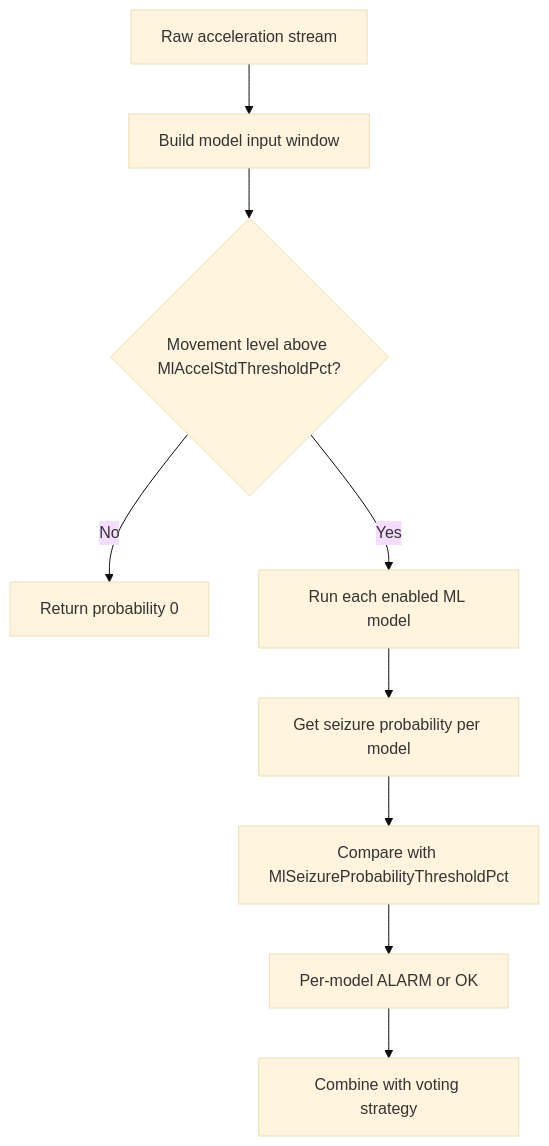
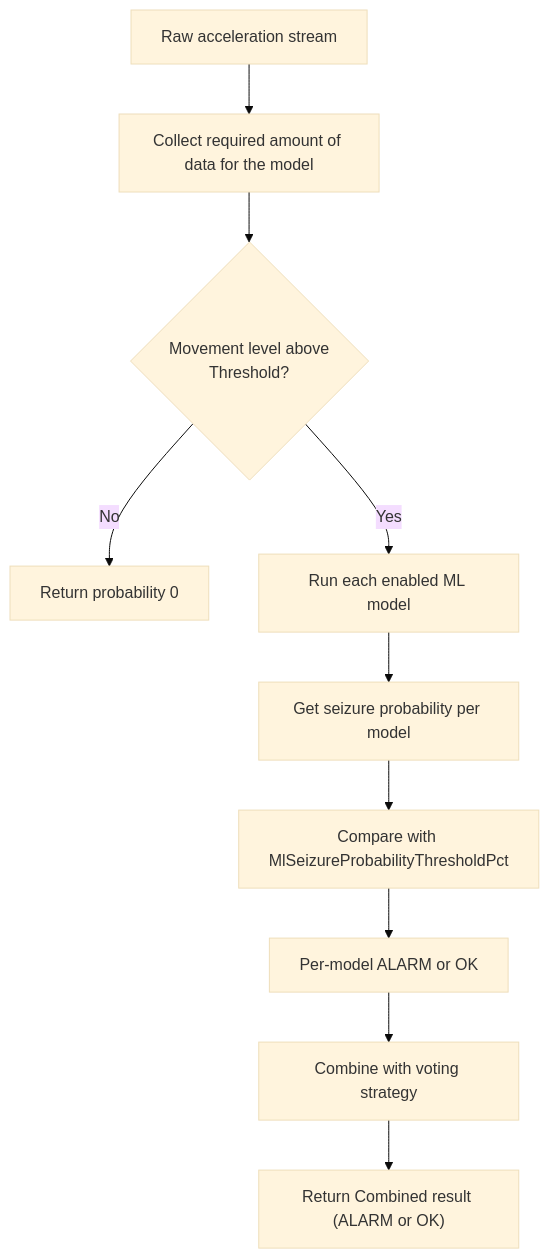
Before and after one commit to OpenSeizureDetector/openseizuredetector.github.io: the first of 2 diagrams in pages-user/seizure-detection/machine-learning-ml-algorithm.md, drawn with Mermaid (base theme). The commit also changed other lines of this file and 30 other files, not shown here.

````diff
--- a/pages-user/seizure-detection/machine-learning-ml-algorithm.md
+++ b/pages-user/seizure-detection/machine-learning-ml-algorithm.md
@@ -15,11 +15,13 @@
 ```mermaid
 flowchart TD
-    A[Raw acceleration stream] --> B[Build model input window]
-    B --> C{Movement level above MlAccelStdThresholdPct?}
+    A[Raw acceleration stream] --> B[Collect required amount of data for the model]
+    B --> C{"Movement level above
+    Threshold?"}
     C -->|No| D[Return probability 0]
     C -->|Yes| E[Run each enabled ML model]
     E --> F[Get seizure probability per model]
     F --> G[Compare with MlSeizureProbabilityThresholdPct]
     G --> H[Per-model ALARM or OK]
     H --> I[Combine with voting strategy]
+    I --> J["Return Combined result (ALARM or OK)"]
 ```
````
